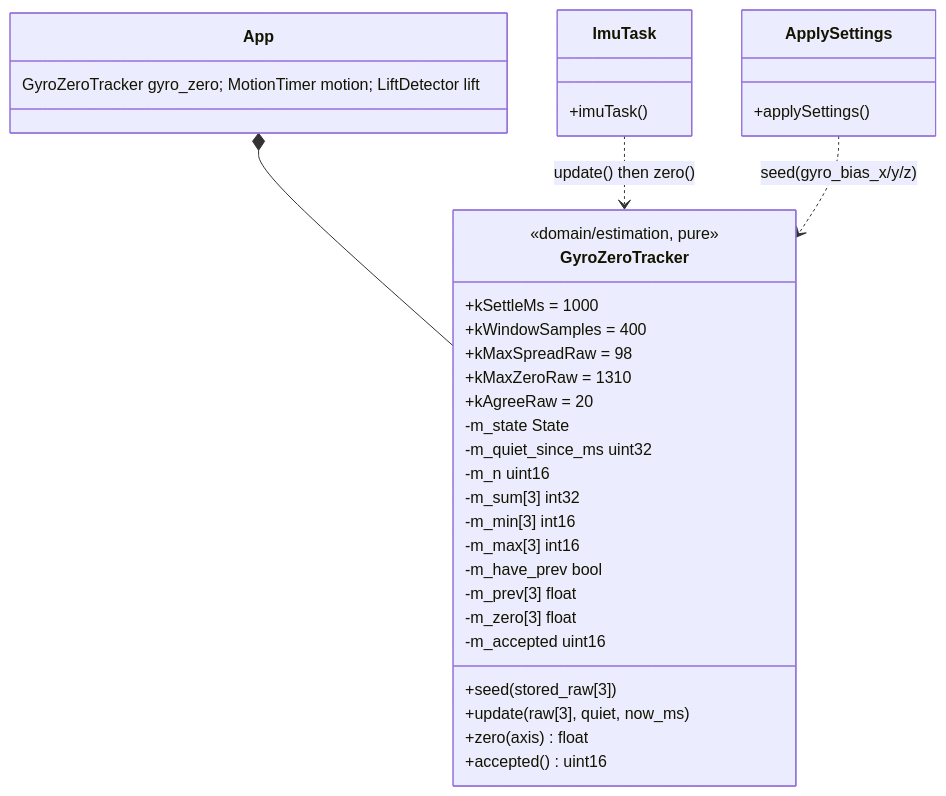
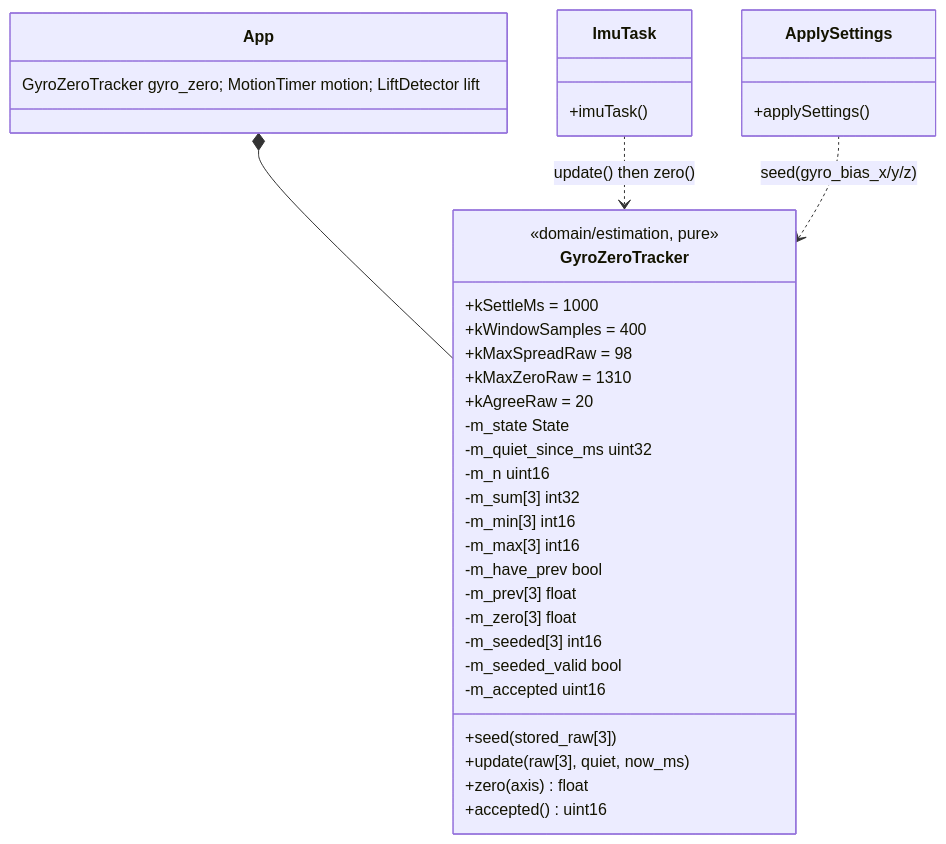
One commit to mannuray/conqueror changed diagram 42 of 44 in docs/lld/uno-firmware-lld.md. Above: the diagram before and after it, drawn with Mermaid. The commit also changed other lines of this file and 6 other files, not shown here.

````diff
--- a/docs/lld/uno-firmware-lld.md
+++ b/docs/lld/uno-firmware-lld.md
@@ -1966,31 +1966,33 @@
 ```mermaid
 classDiagram
   class GyroZeroTracker {
     <<domain/estimation, pure>>
     +kSettleMs = 1000
     +kWindowSamples = 400
     +kMaxSpreadRaw = 98
     +kMaxZeroRaw = 1310
     +kAgreeRaw = 20
     +seed(stored_raw[3])
     +update(raw[3], quiet, now_ms)
     +zero(axis) float
     +accepted() uint16
     -m_state State
     -m_quiet_since_ms uint32
     -m_n uint16
     -m_sum[3] int32
     -m_min[3] int16
     -m_max[3] int16
     -m_have_prev bool
     -m_prev[3] float
     -m_zero[3] float
+    -m_seeded[3] int16
+    -m_seeded_valid bool
     -m_accepted uint16
   }
   class ImuTask { +imuTask() }
   class ApplySettings { +applySettings() }
   class App { GyroZeroTracker gyro_zero; MotionTimer motion; LiftDetector lift }
   App *-- GyroZeroTracker
   ImuTask ..> GyroZeroTracker : update() then zero()
   ApplySettings ..> GyroZeroTracker : seed(gyro_bias_x/y/z)
 ```
````
